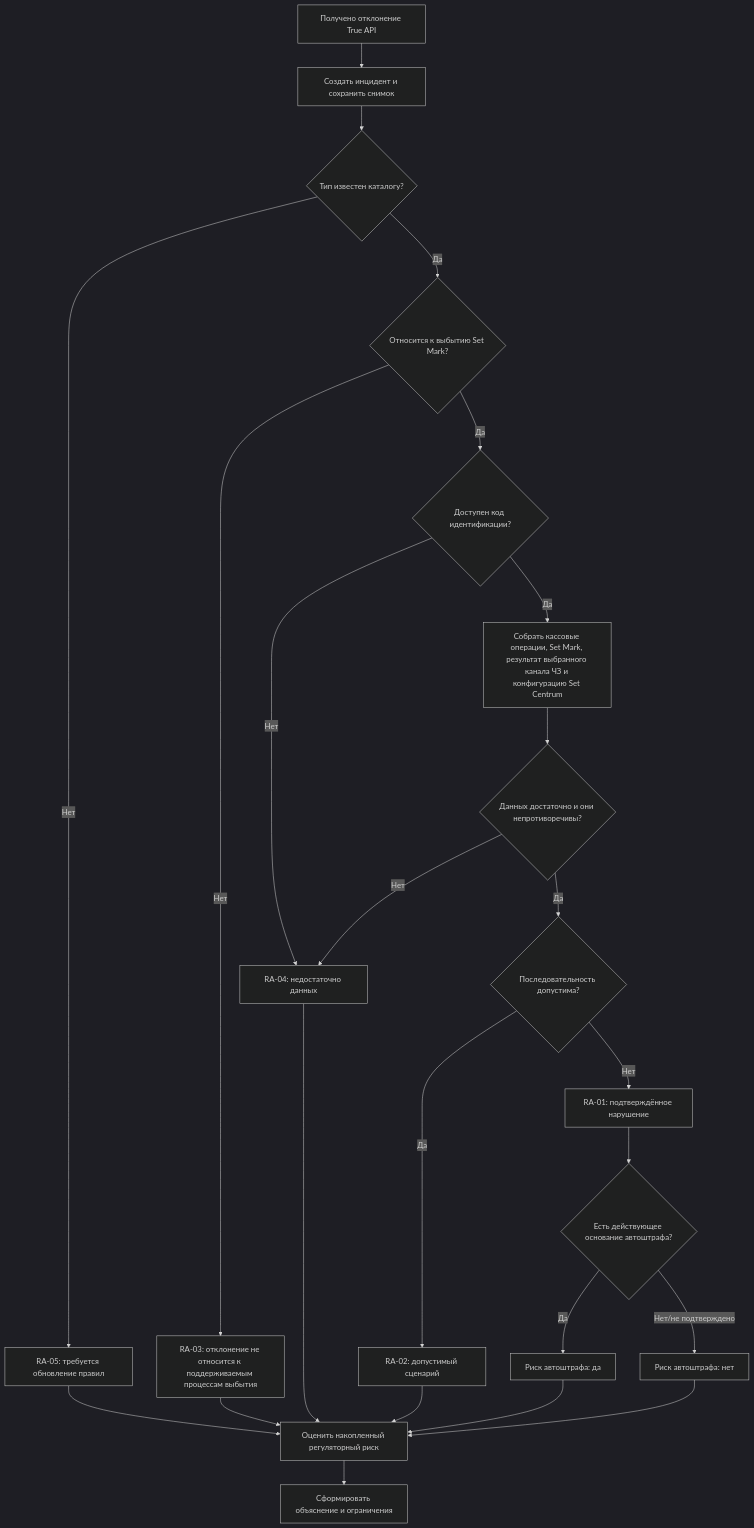
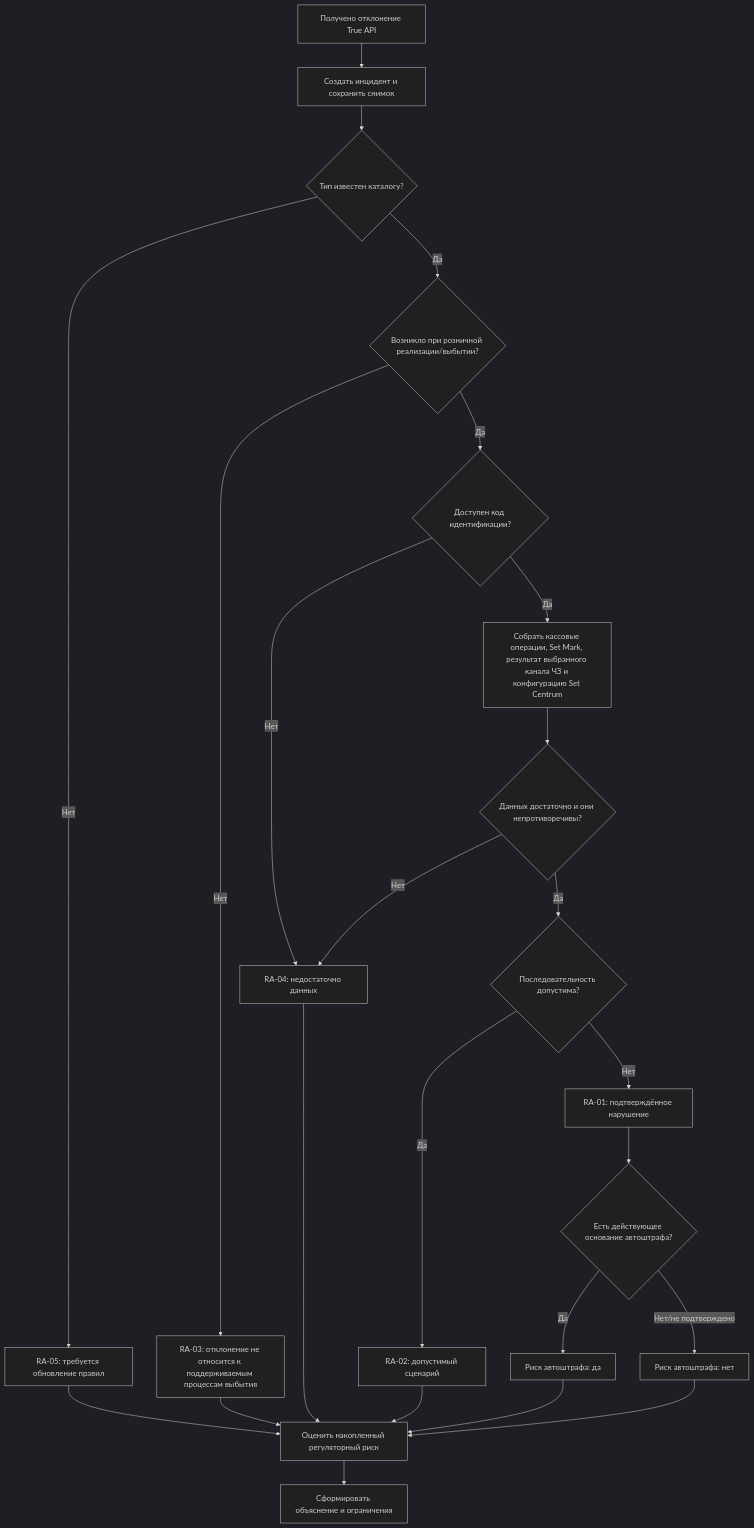
The diagram in docs/product-definition/decision-model-v0.1.md (onufriev/setmark-report-module), drawn with Mermaid (dark theme) before and after one commit. The commit also changed other lines of this file, not shown here.

````diff
--- a/docs/product-definition/decision-model-v0.1.md
+++ b/docs/product-definition/decision-model-v0.1.md
@@ -41,26 +42,26 @@
 ```mermaid
 flowchart TD
     A["Получено отклонение True API"] --> B["Создать инцидент и сохранить снимок"]
     B --> C{"Тип известен каталогу?"}
     C -- "Нет" --> U["RA-05: требуется обновление правил"]
-    C -- "Да" --> D{"Относится к выбытию Set Mark?"}
+    C -- "Да" --> D{"Возникло при розничной реализации/выбытии?"}
     D -- "Нет" --> O["RA-03: отклонение не относится к поддерживаемым процессам выбытия"]
     D -- "Да" --> K{"Доступен код идентификации?"}
     K -- "Нет" --> N["RA-04: недостаточно данных"]
     K -- "Да" --> G["Собрать кассовые операции, Set Mark, результат выбранного канала ЧЗ и конфигурацию Set Centrum"]
     G --> H{"Данных достаточно и они непротиворечивы?"}
     H -- "Нет" --> N
     H -- "Да" --> S{"Последовательность допустима?"}
     S -- "Да" --> P["RA-02: допустимый сценарий"]
     S -- "Нет" --> V["RA-01: подтверждённое нарушение"]
     V --> F{"Есть действующее основание автоштрафа?"}
     F -- "Да" --> CF["Риск автоштрафа: да"]
     F -- "Нет/не подтверждено" --> NF["Риск автоштрафа: нет"]
     NF --> CR["Оценить накопленный регуляторный риск"]
     P --> CR
     O --> CR
     N --> CR
     U --> CR
     CF --> CR
     CR --> X["Сформировать объяснение и ограничения"]
 ```
````
